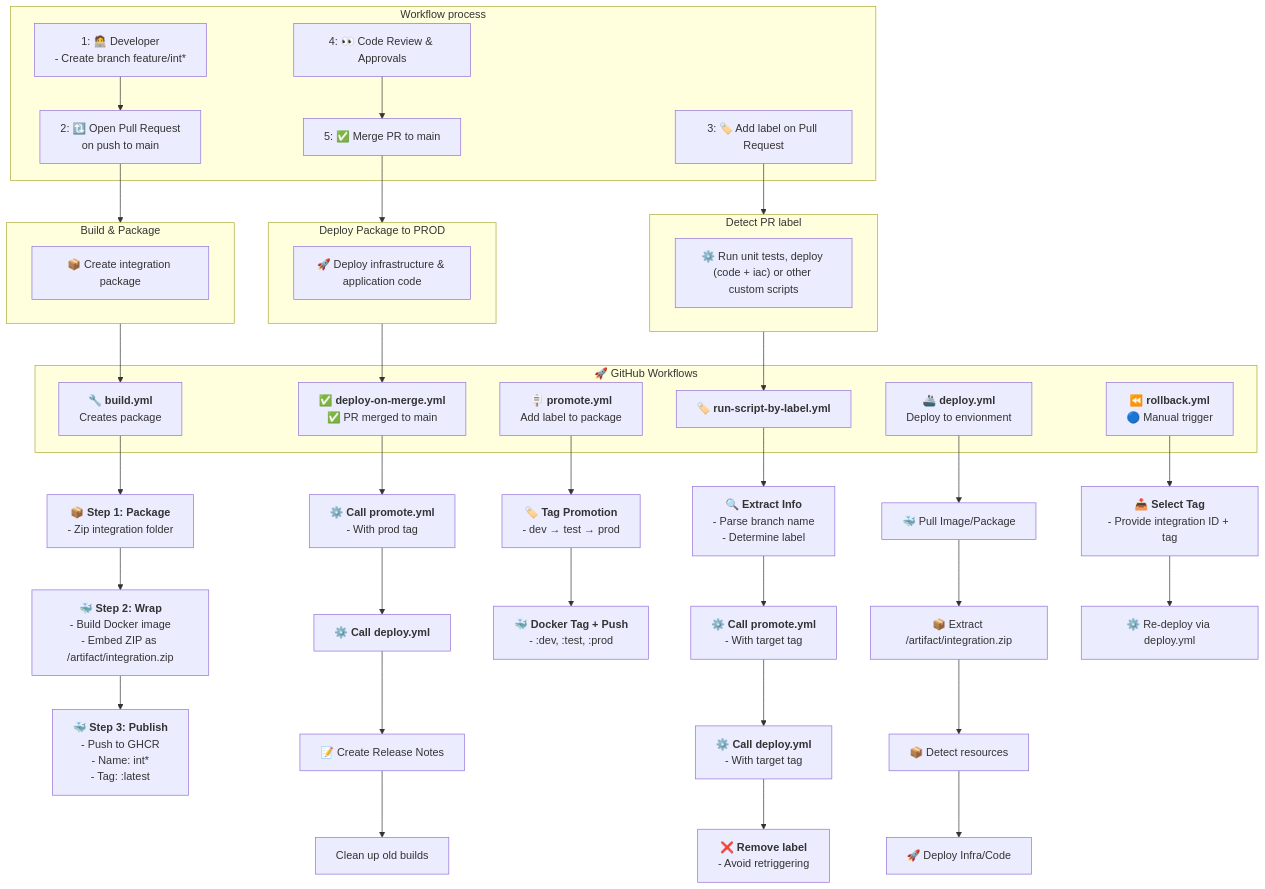
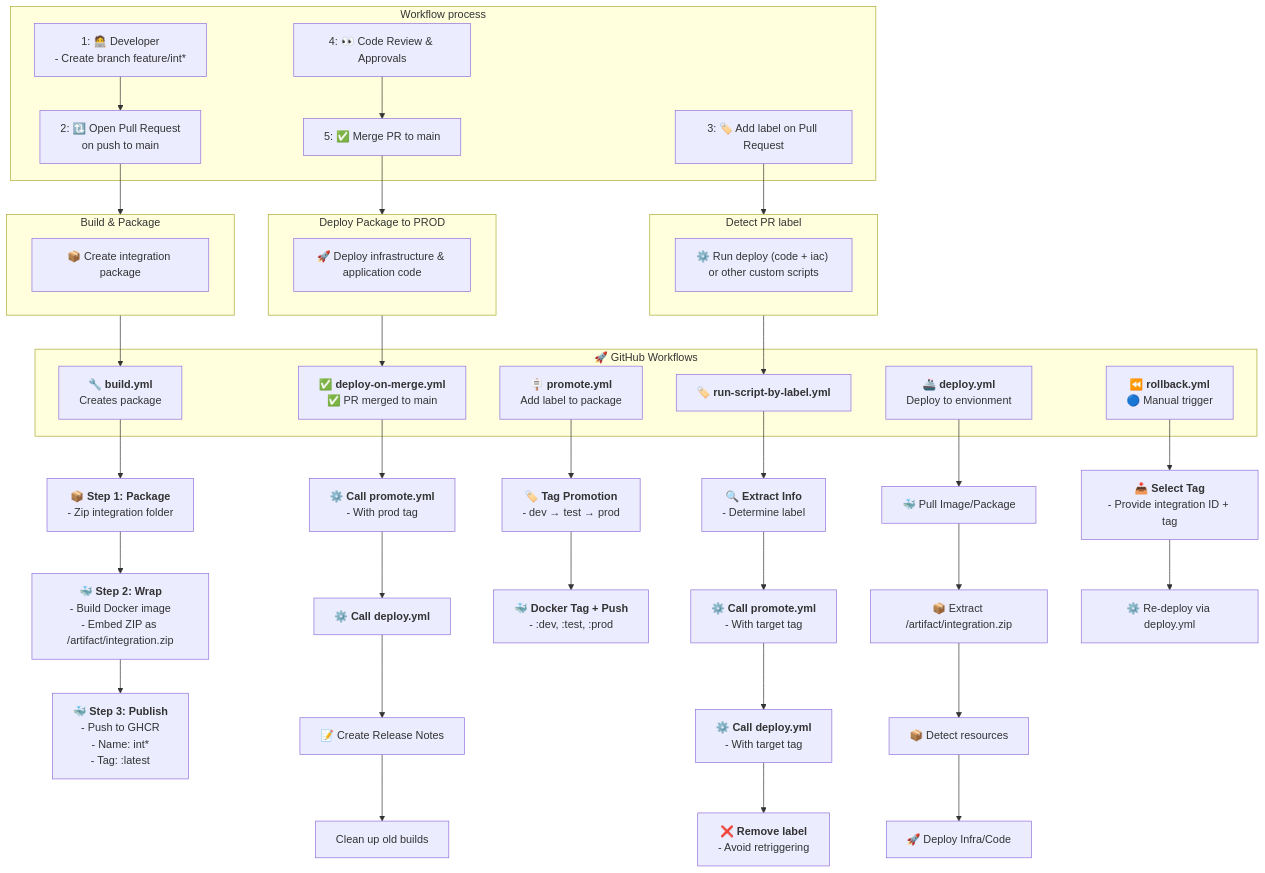
One commit to antonidag/radius changed the first of 3 diagrams in README.md. Above: the diagram before and after it, drawn with Mermaid.

Commit message:
docs: minor fix

````diff
--- a/README.md
+++ b/README.md
@@ -1,81 +1,79 @@
 ```mermaid
 flowchart TD
 
   %% Developer steps
   subgraph WORKPROCESS["Workflow process"]
       %% Developer & Git Process (Top vertical)
     WP1["1: 🧑‍💻 Developer<br>- Create branch feature/int*"]
     WP2["2: 🔃 Open Pull Request <br>on push to main"]
     WP5["3: 🏷️ Add label on Pull Request"]
     WP3["4: 👀 Code Review & Approvals"]
     WP4["5: ✅ Merge PR to main"]
   end
 
   %% Build Phase
   subgraph WPBUILD["Build & Package"]
     B11["📦 Create integration package"]
   end
 
   %% Promotion Phase
   subgraph WPPROMOTE["Detect PR label"]
-    P11["⚙️ Run unit tests, deploy (code + iac) or other custom scripts"]
+    P11["⚙️ Run deploy (code + iac) or other custom scripts"]
   end
 
   %% Deploy Phase
   subgraph WPDEPLOY["Deploy Package to PROD"]
     D32["🚀 Deploy infrastructure & application code"]
 
   end
   WP1 --> WP2
   WP2 --> WPBUILD
   WP5 --> WPPROMOTE
   WP3 --> WP4
   WP4 --> WPDEPLOY
   
   WPBUILD --> W1
   WPPROMOTE --> W5
   WPDEPLOY --> W6
 
   subgraph WORKFLOWS["🚀 GitHub Workflows"]
       W1["🔧 <b>build.yml</b><br> Creates package"]
       W2["🪧 <b>promote.yml</b><br>Add label to package"]
       W3["🚢 <b>deploy.yml</b><br>Deploy to envionment"]
       W5["🏷️ <b>run-script-by-label.yml</b><br>"]
       W6["✅ <b>deploy-on-merge.yml</b><br>✅ PR merged to main"]
       W4["⏪ <b>rollback.yml</b><br>🔵 Manual trigger"]
   end
 
   %% build.yml
   W1 --> B1["📦 <b>Step 1: Package</b><br>- Zip integration folder"]
   B1 --> B2["🐳 <b>Step 2: Wrap</b><br>- Build Docker image<br>- Embed ZIP as /artifact/integration.zip"]
   B2 --> B3["🐳 <b>Step 3: Publish</b><br>- Push to GHCR<br>- Name: int* <br>- Tag: :latest"]
 
 
   %% promote-by-label.yml
-  W5 --> L1["🔍 <b>Extract Info</b><br>- Parse branch name<br>- Determine label"]
+  W5 --> L1["🔍 <b>Extract Info</b> <br>- Determine label"]
   L1 --> L2["⚙️  <b>Call promote.yml</b><br>- With target tag"]
   L2 --> L3["⚙️  <b>Call deploy.yml</b><br>- With target tag"]
   L3 --> L4["❌ <b>Remove label</b><br>- Avoid retriggering"]
 
   %% promote.yml
   W2 --> P1["🏷️ <b>Tag Promotion</b><br>- dev → test → prod"]
   P1 --> P2["🐳 <b>Docker Tag + Push</b><br>- :dev, :test, :prod"]
 
   %% deploy-on-merge.yml
   W6 --> M2["⚙️ <b>Call promote.yml</b><br>- With prod tag"]
   M2 --> M3["⚙️ <b>Call deploy.yml</b>"]
   M3 --> M4["📝 Create Release Notes"]
   M4 --> M5["Clean up old builds"]
 
     %% deploy.yml
   W3 --> D1["🐳 Pull Image/Package"]
   D1 --> D2["📦 Extract /artifact/integration.zip"]
   D2 --> D3["📦 Detect resources"]
   D3 --> D4["🚀 Deploy Infra/Code"]
 
-
-
     %% rollback.yml
   W4 --> R1["📥 <b>Select Tag</b><br>- Provide integration ID + tag"]
   R1 --> R2["⚙️ Re-deploy via deploy.yml"]
 ```
````
